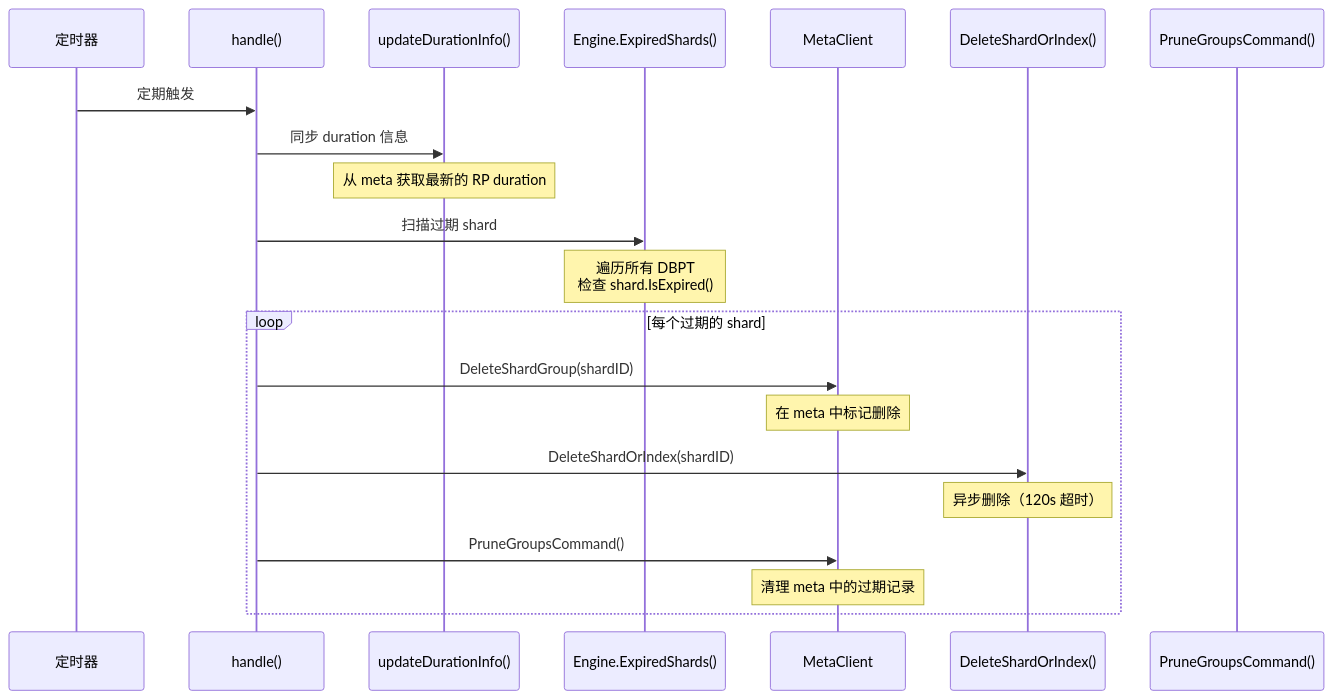
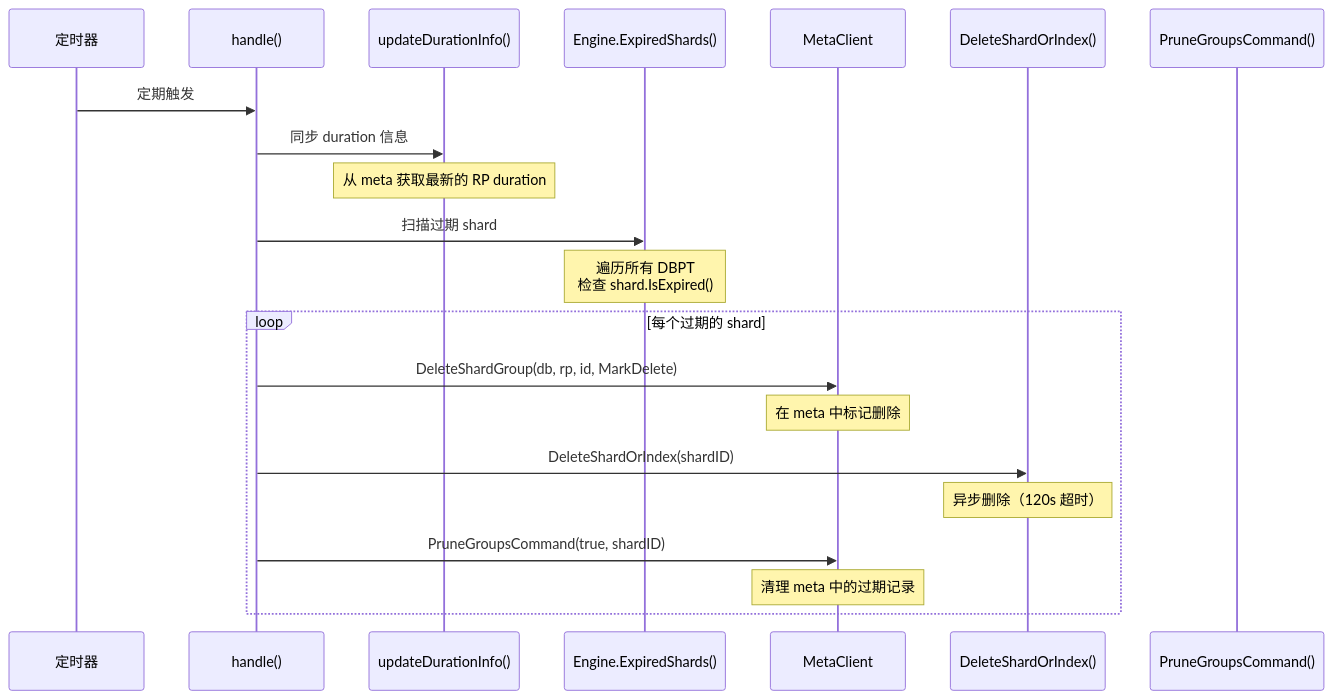
One commit to stefanv5/openGemini changed the third of 8 diagrams in docs/specs/18_retention_policy_spec.md. Above: the diagram before and after it, drawn with Mermaid. The commit also changed other lines of this file and 37 other files, not shown here.

````diff
--- a/docs/specs/18_retention_policy_spec.md
+++ b/docs/specs/18_retention_policy_spec.md
@@ -127,29 +131,29 @@
 ```mermaid
 sequenceDiagram
     participant Tick as 定时器
     participant Handle as handle()
     participant Update as updateDurationInfo()
     participant Scan as Engine.ExpiredShards()
     participant Meta as MetaClient
     participant Delete as DeleteShardOrIndex()
     participant Prune as PruneGroupsCommand()
 
     Tick->>Handle: 定期触发
 
     Handle->>Update: 同步 duration 信息
     Note over Update: 从 meta 获取最新的 RP duration
 
     Handle->>Scan: 扫描过期 shard
     Note over Scan: 遍历所有 DBPT<br/>检查 shard.IsExpired()
 
     loop 每个过期的 shard
-        Handle->>Meta: DeleteShardGroup(shardID)
+        Handle->>Meta: DeleteShardGroup(db, rp, id, MarkDelete)
         Note over Meta: 在 meta 中标记删除
 
         Handle->>Delete: DeleteShardOrIndex(shardID)
         Note over Delete: 异步删除（120s 超时）
 
-        Handle->>Meta: PruneGroupsCommand()
+        Handle->>Meta: PruneGroupsCommand(true, shardID)
         Note over Meta: 清理 meta 中的过期记录
     end
 ```
````
